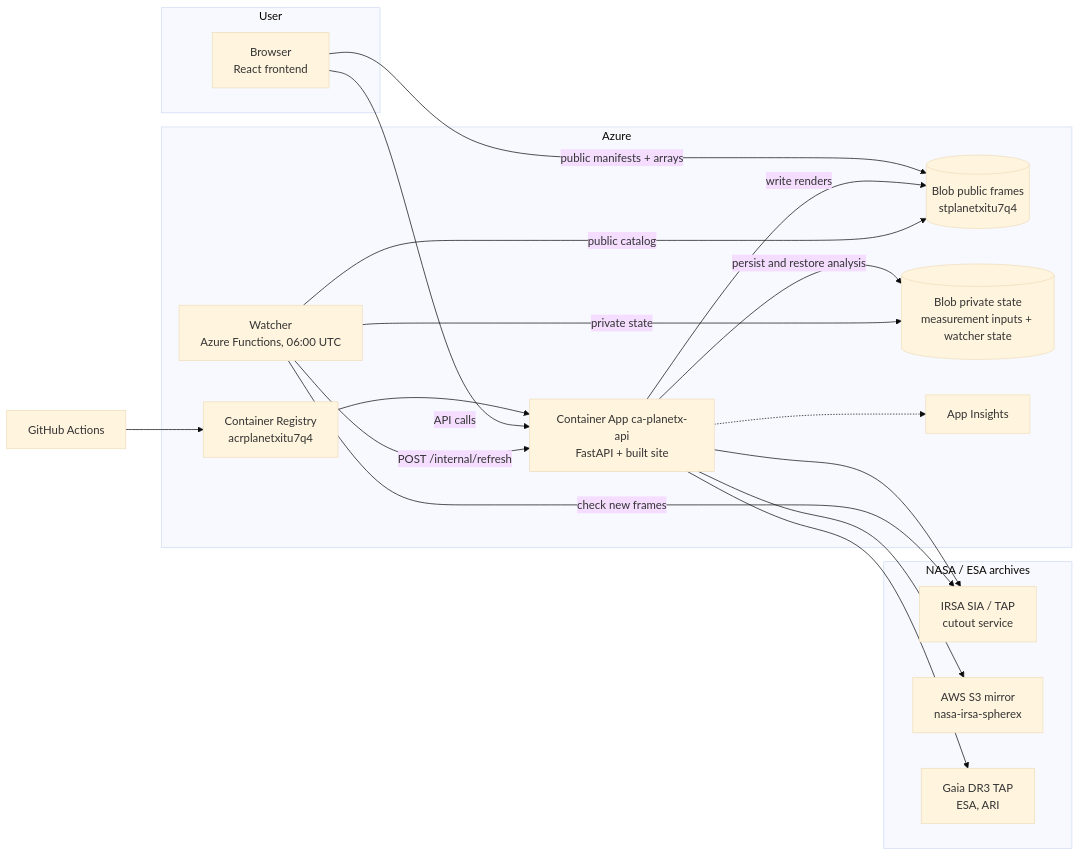
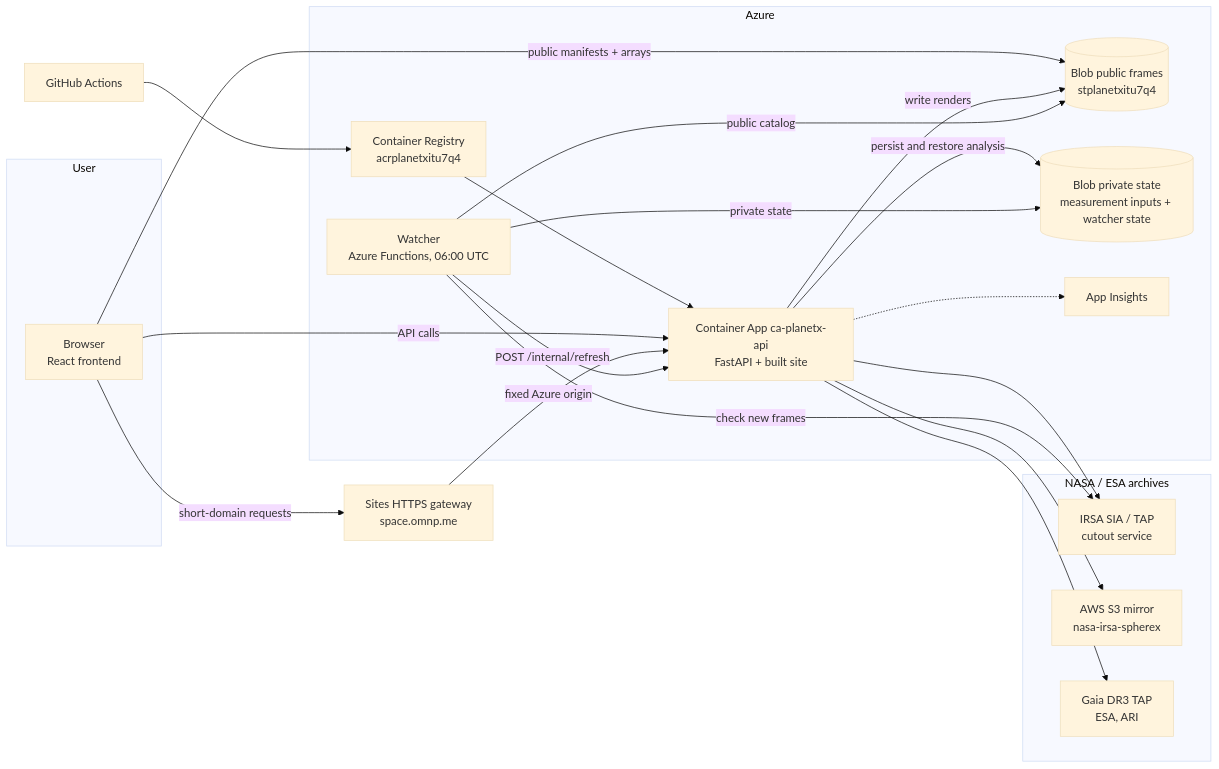
One commit to edug-0/IntoTheUnknown changed the first of 2 diagrams in docs/SYSTEM_DESIGN.md. Above: the diagram before and after it, drawn with Mermaid (base theme). The commit also changed other lines of this file and 4 other files, not shown here.

First line of the commit message:
feat: record the live space.omnp.me HTTPS gateway (#97) (#108)

````diff
--- a/docs/SYSTEM_DESIGN.md
+++ b/docs/SYSTEM_DESIGN.md
@@ -30,32 +30,35 @@
 ```mermaid
 flowchart LR
   subgraph User
     B[Browser<br/>React frontend]
   end
+  GW[Sites HTTPS gateway<br/>space.omnp.me]
   subgraph Azure
     CA[Container App ca-planetx-api<br/>FastAPI + built site]
     BL[(Blob public frames<br/>stplanetxitu7q4)]
     ST[(Blob private state<br/>measurement inputs + watcher state)]
     FN[Watcher<br/>Azure Functions, 06:00 UTC]
     ACR[Container Registry<br/>acrplanetxitu7q4]
     AI[App Insights]
   end
   subgraph Archives[NASA / ESA archives]
     IRSA[IRSA SIA / TAP<br/>cutout service]
     S3[AWS S3 mirror<br/>nasa-irsa-spherex]
     GAIA[Gaia DR3 TAP<br/>ESA, ARI]
   end
   GH[GitHub Actions] --> ACR --> CA
   B -- API calls --> CA
+  B -- short-domain requests --> GW
+  GW -- fixed Azure origin --> CA
   B -- public manifests + arrays --> BL
   CA -- write renders --> BL
   CA -- persist and restore analysis --> ST
   CA --> IRSA
   CA --> S3
   CA --> GAIA
   CA -.-> AI
   FN -- check new frames --> IRSA
   FN -- private state --> ST
   FN -- public catalog --> BL
   FN -- POST /internal/refresh --> CA
 ```
````
